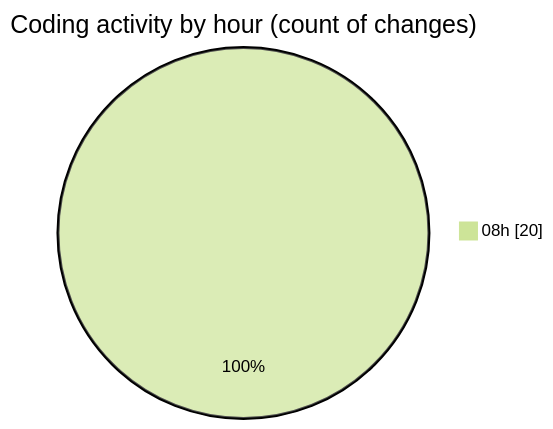
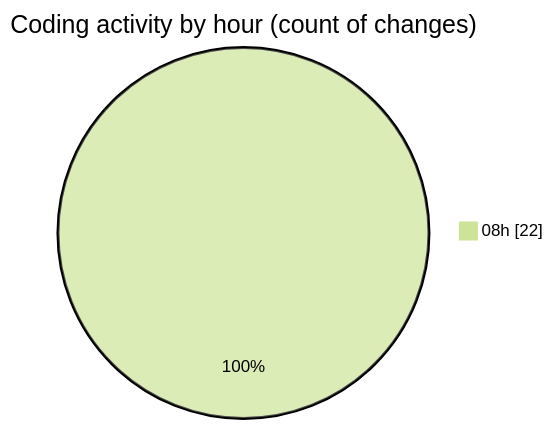
The second of 2 diagrams in 2025-02-17/mbc-web/README.md (robertbonfada/code-tracking), drawn with Mermaid (forest theme) before and after one commit. The commit also changed other lines of this file and 1 other file, not shown here.

````diff
--- a/2025-02-17/mbc-web/README.md
+++ b/2025-02-17/mbc-web/README.md
@@ -32,5 +33,5 @@
 ```mermaid
 pie showData
 title Coding activity by hour (count of changes)
-"08h" : 20
+"08h" : 22
 ```
````
